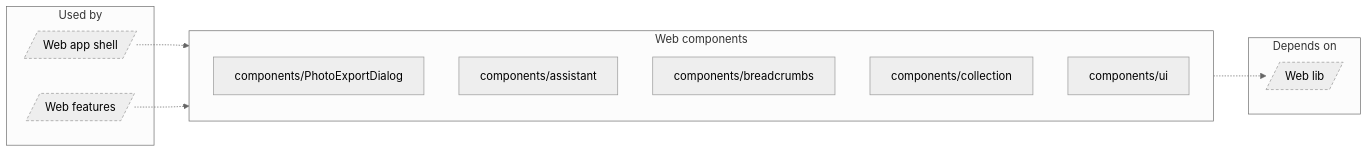
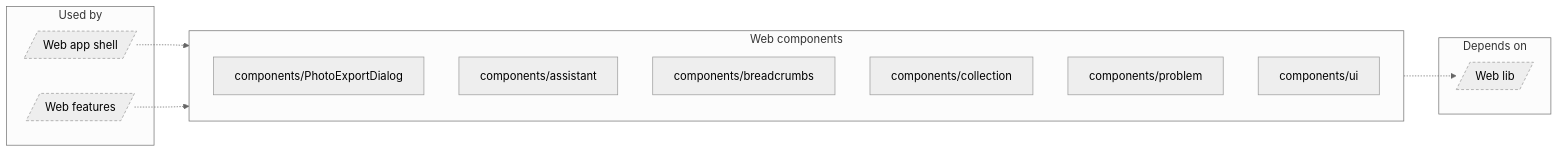
Before and after one commit to EdwinZhanCN/Lumilio-Photos: the diagram in docs/atlas/generated/architecture/group-web-components.md, drawn with Mermaid (neutral theme). The commit also changed other lines of this file and 2 other files, not shown here.

Commit message:
docs(atlas): regenerate the Web module index for components/problem
The Web facts were regenerated as CI does before the Atlas index: the new
components/problem module and its two edges (components -> lib,
features -> components) were missing from the checked-in view.

Claude-Session: https://claude.ai/code/session_0168wckXx8ipAtpanMHWjnj2

````diff
--- a/docs/atlas/generated/architecture/group-web-components.md
+++ b/docs/atlas/generated/architecture/group-web-components.md
@@ -9,22 +9,23 @@
 ```mermaid
 flowchart LR
     subgraph n_g_Used_by["Used by"]
         n_in_web_app[/"Web app shell"/]
         n_in_web_features[/"Web features"/]
     end
     subgraph n_g_Web_components["Web components"]
         n_web_src_components_PhotoExportDialog["components/PhotoExportDialog"]
         n_web_src_components_assistant["components/assistant"]
         n_web_src_components_breadcrumbs["components/breadcrumbs"]
         n_web_src_components_collection["components/collection"]
+        n_web_src_components_problem["components/problem"]
         n_web_src_components_ui["components/ui"]
     end
     subgraph n_g_Depends_on["Depends on"]
         n_out_web_lib[/"Web lib"/]
     end
     n_in_web_app -.-> n_g_Web_components
     n_in_web_features -.-> n_g_Web_components
     n_g_Web_components -.-> n_out_web_lib
     classDef external stroke-dasharray:4 3
     class n_in_web_app,n_in_web_features,n_out_web_lib external
 ```
````
